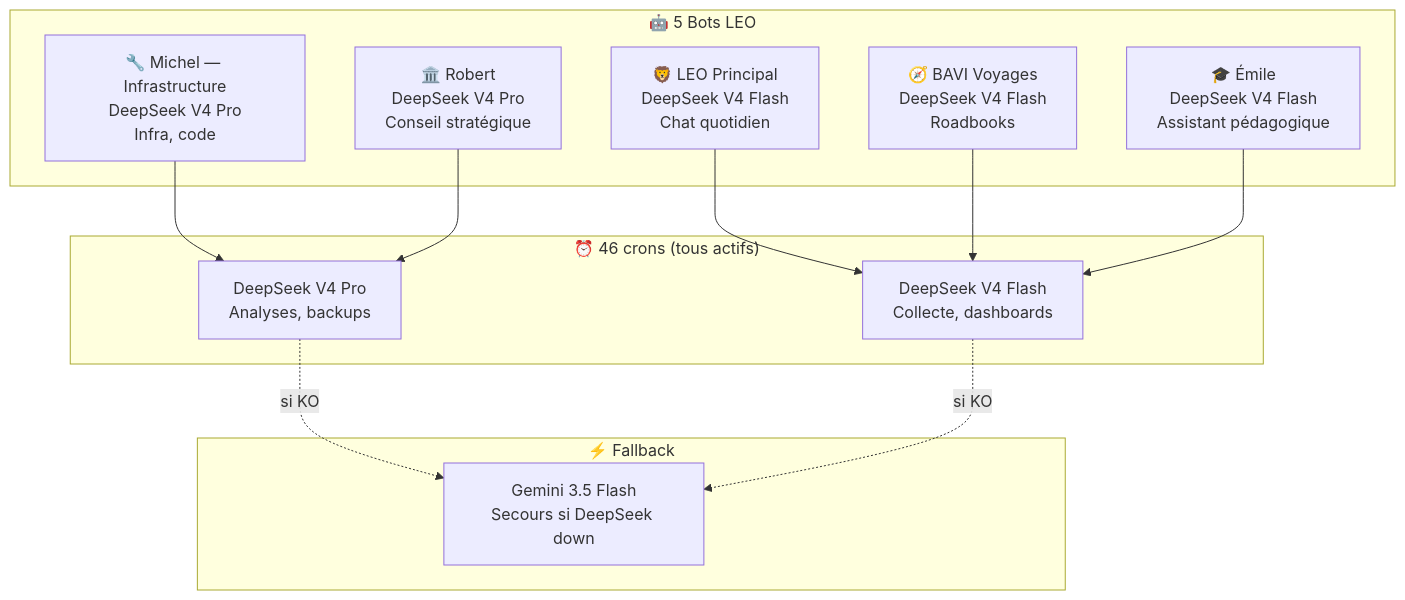
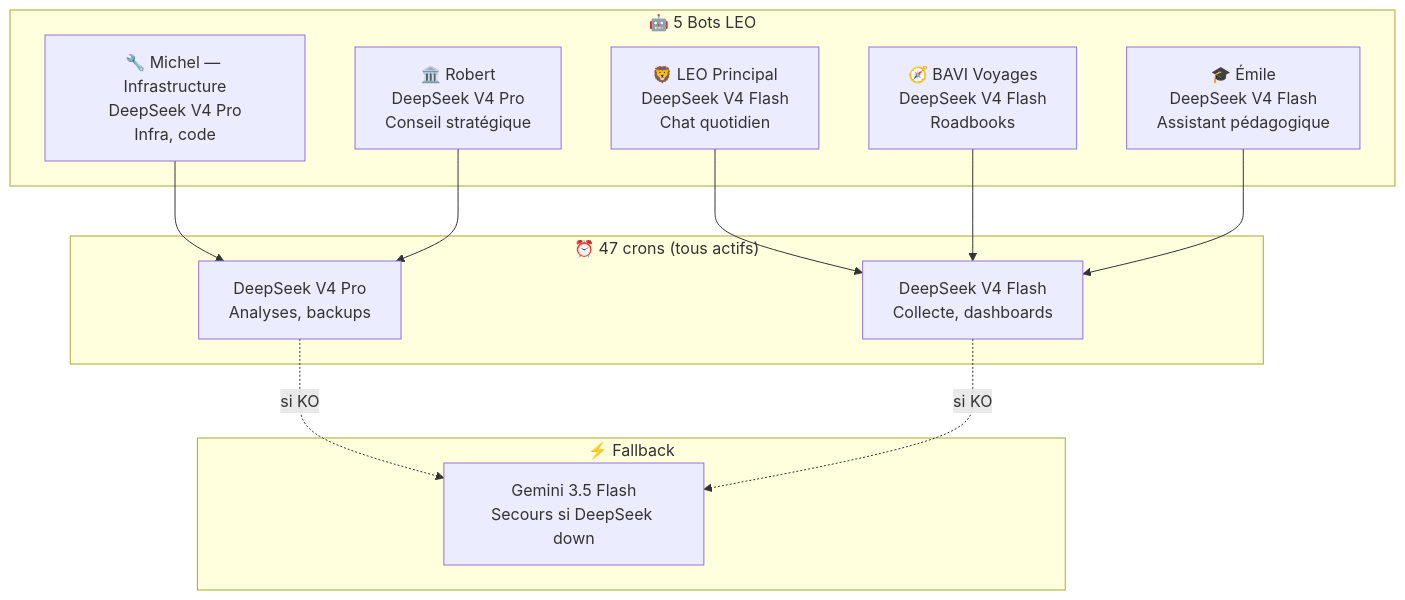
Before and after one commit to christophedanhier-hash/hermes-wiki: the third of 3 diagrams in docs/hermes/decisions/pourquoi-deepseek-pas-gemini.md, drawn with Mermaid. The commit also changed other lines of this file and 11 other files, not shown here.

````diff
--- a/docs/hermes/decisions/pourquoi-deepseek-pas-gemini.md
+++ b/docs/hermes/decisions/pourquoi-deepseek-pas-gemini.md
@@ -130,23 +130,23 @@
 ```mermaid
 flowchart TB
     subgraph BOTS["🤖 5 Bots LEO"]
         MAIN["🦁 LEO Principal\nDeepSeek V4 Flash\nChat quotidien"]
         MICHEL["🔧 Michel — Infrastructure\nDeepSeek V4 Pro\nInfra, code"]
         BAVI["🧭 BAVI Voyages\nDeepSeek V4 Flash\nRoadbooks"]
         EMILE["🎓 Émile\nDeepSeek V4 Flash\nAssistant pédagogique"]
         ROBERT["🏛️ Robert\nDeepSeek V4 Pro\nConseil stratégique"]
     end
 
     subgraph BACKUP["⚡ Fallback"]
         GEMINI["Gemini 3.5 Flash\nSecours si DeepSeek down"]
     end
 
-    subgraph CRONS["⏰ 46 crons (tous actifs)"]
+    subgraph CRONS["⏰ 47 crons (tous actifs)"]
         DS_PRO["DeepSeek V4 Pro\nAnalyses, backups"]
         DS_FLASH["DeepSeek V4 Flash\nCollecte, dashboards"]
     end
 
     MAIN & BAVI & EMILE --> DS_FLASH
     MICHEL & ROBERT --> DS_PRO
     DS_PRO & DS_FLASH -.->|si KO| GEMINI
 ```
````
